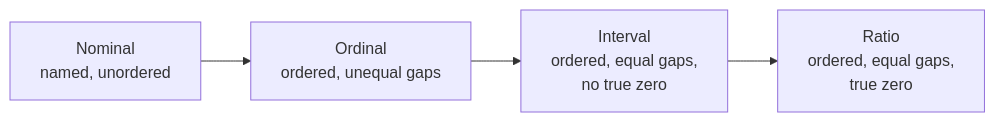
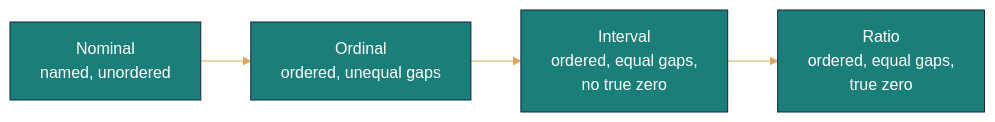
The fifth of 8 diagrams in index.qmd (stephenbalogun/research-data-analysis-workshop), drawn with Mermaid before and after one commit. The commit also changed other lines of this file and 378 other files, not shown here.

````diff
--- a/index.qmd
+++ b/index.qmd
@@ -447,6 +463,7 @@
 ```{mermaid}
+%%{init: {'theme':'base', 'themeVariables': { 'primaryColor':'#1B7F79','primaryTextColor':'#ffffff','primaryBorderColor':'#0B2545','lineColor':'#E0A458'}}}%%
 flowchart LR
   N[Nominal<br>named, unordered] --> O[Ordinal<br>ordered, unequal gaps]
   O --> I[Interval<br>ordered, equal gaps,<br>no true zero]
   I --> R[Ratio<br>ordered, equal gaps,<br>true zero]
 ```
````
